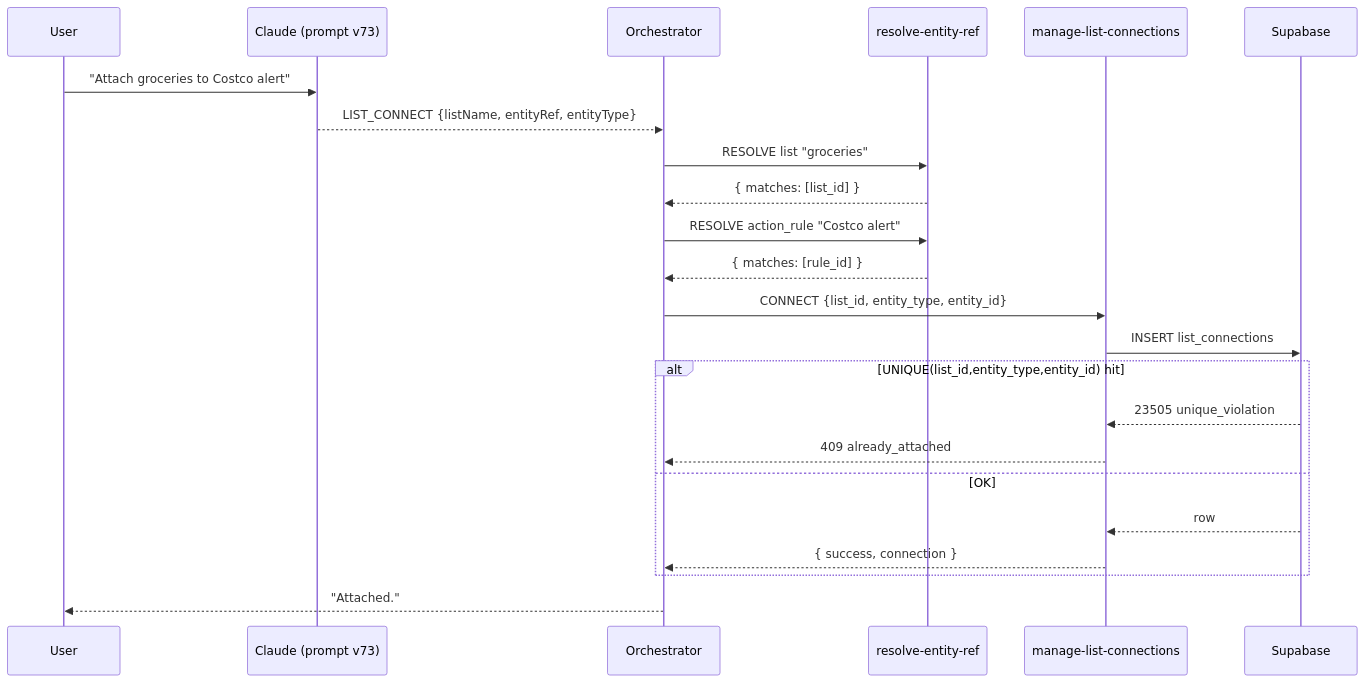
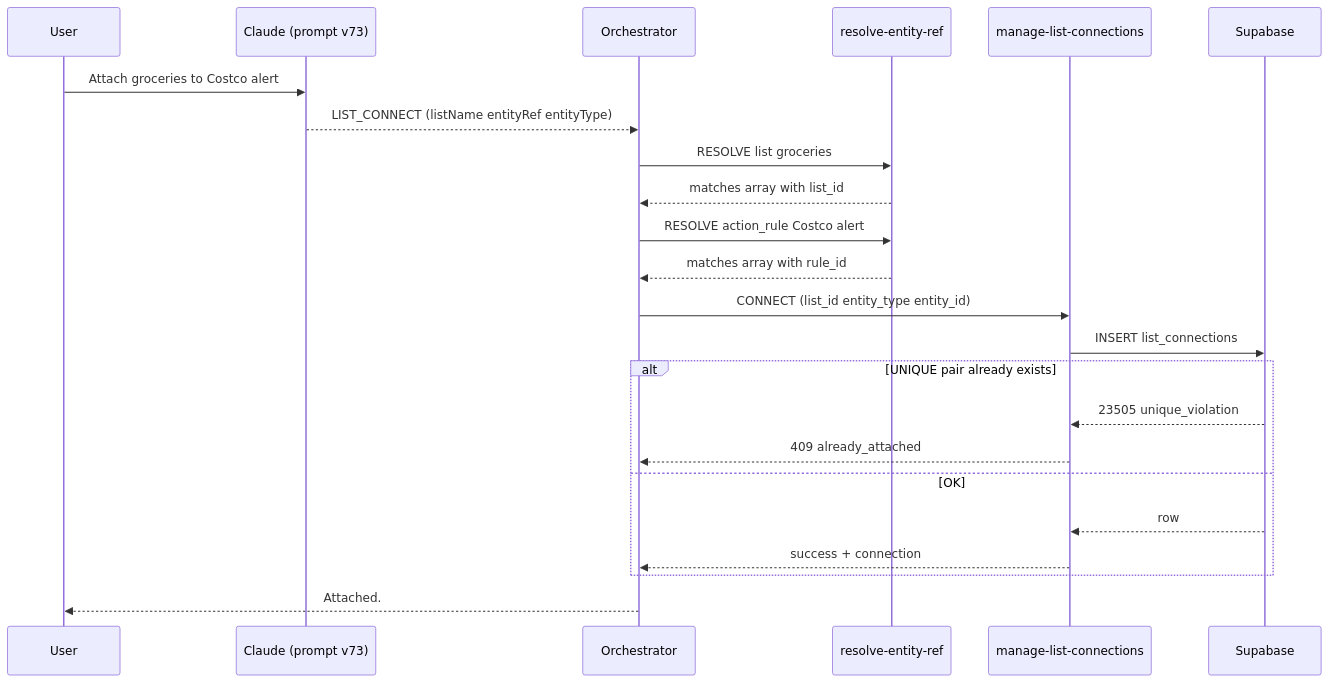
One commit to munk2207/naavi-app changed the seventh of 10 diagrams in docs/ARCHITECTURE_2026-05-13.md. Above: the diagram before and after it, drawn with Mermaid. The commit also changed other lines of this file and 1 other file, not shown here.

````diff
--- a/docs/ARCHITECTURE_2026-05-13.md
+++ b/docs/ARCHITECTURE_2026-05-13.md
@@ -576,26 +576,26 @@
 ```mermaid
 sequenceDiagram
   participant U as User
   participant CL as Claude (prompt v73)
   participant O as Orchestrator
   participant RE as resolve-entity-ref
   participant MLC as manage-list-connections
   participant DB as Supabase
 
-  U->>CL: "Attach groceries to Costco alert"
-  CL-->>O: LIST_CONNECT {listName, entityRef, entityType}
-  O->>RE: RESOLVE list "groceries"
-  RE-->>O: { matches: [list_id] }
-  O->>RE: RESOLVE action_rule "Costco alert"
-  RE-->>O: { matches: [rule_id] }
-  O->>MLC: CONNECT {list_id, entity_type, entity_id}
+  U->>CL: Attach groceries to Costco alert
+  CL-->>O: LIST_CONNECT (listName entityRef entityType)
+  O->>RE: RESOLVE list groceries
+  RE-->>O: matches array with list_id
+  O->>RE: RESOLVE action_rule Costco alert
+  RE-->>O: matches array with rule_id
+  O->>MLC: CONNECT (list_id entity_type entity_id)
   MLC->>DB: INSERT list_connections
-  alt UNIQUE(list_id,entity_type,entity_id) hit
+  alt UNIQUE pair already exists
     DB-->>MLC: 23505 unique_violation
     MLC-->>O: 409 already_attached
   else OK
     DB-->>MLC: row
-    MLC-->>O: { success, connection }
+    MLC-->>O: success + connection
   end
-  O-->>U: "Attached."
+  O-->>U: Attached.
 ```
````
